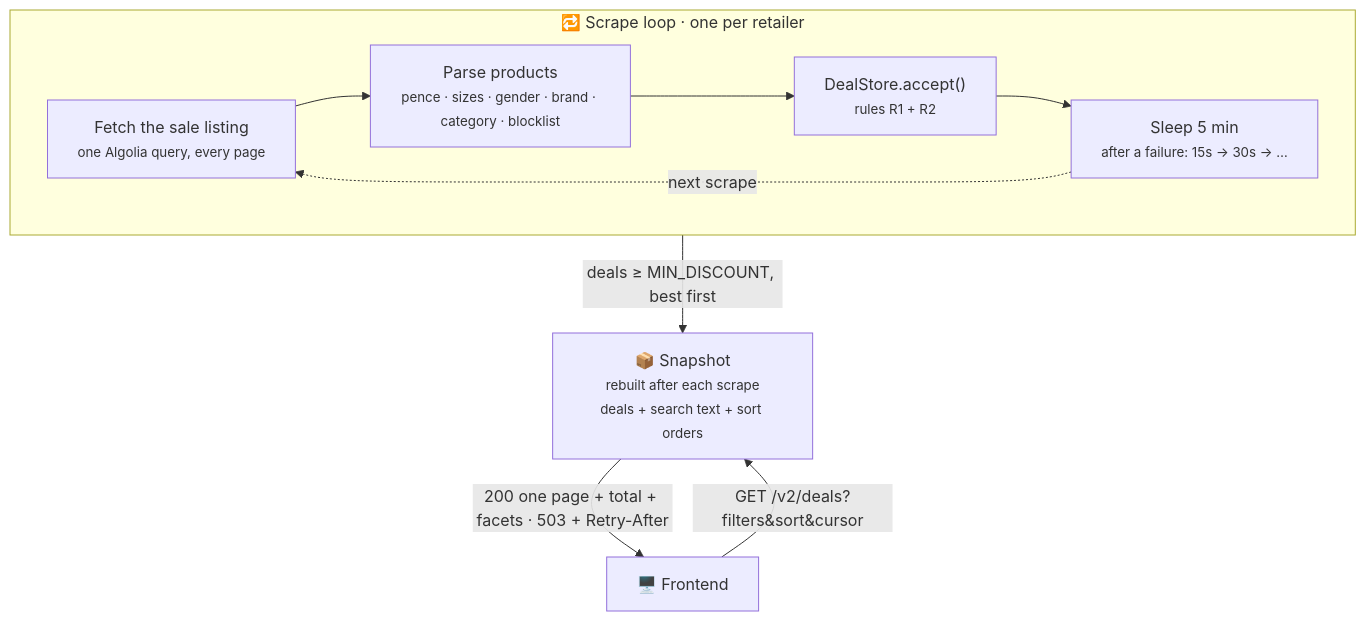
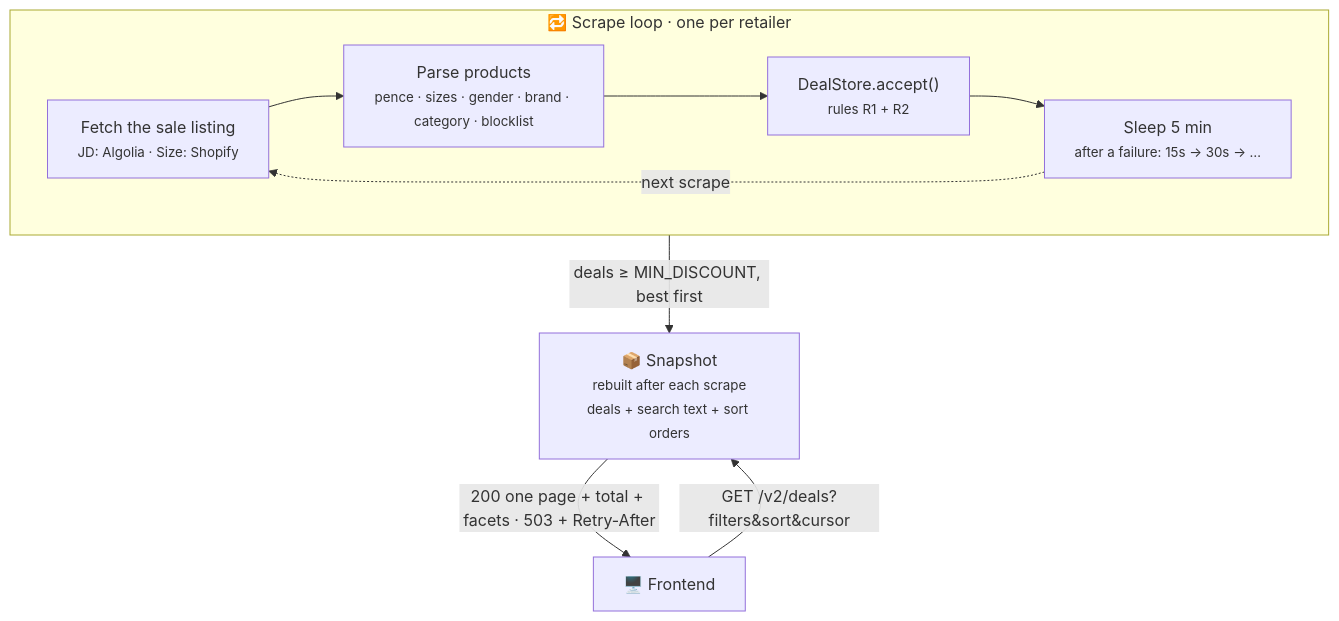
Before and after one commit to JahanU/bargain-web-scraper: the first of 2 diagrams in backend/README.md, drawn with Mermaid. The commit also changed other lines of this file and 2 other files, not shown here.

First line of the commit message:
feat(backend): scrape Size alongside JD

````diff
--- a/backend/README.md
+++ b/backend/README.md
@@ -7,19 +7,19 @@
 ```mermaid
 flowchart TB
     subgraph loop["🔁 Scrape loop · one per retailer"]
         direction LR
-        fetch["Fetch the sale listing<br/><small>one Algolia query, every page</small>"]
+        fetch["Fetch the sale listing<br/><small>JD: Algolia · Size: Shopify</small>"]
         parse["Parse products<br/><small>pence · sizes · gender · brand · category · blocklist</small>"]
         accept["DealStore.accept()<br/><small>rules R1 + R2</small>"]
         wait["Sleep 5 min<br/><small>after a failure: 15s → 30s → …</small>"]
         fetch --> parse --> accept --> wait
         wait -. next scrape .-> fetch
     end
 
     built["📦 Snapshot<br/><small>rebuilt after each scrape<br/>deals + search text + sort orders</small>"]
     client["🖥️ Frontend"]
 
     accept -- "deals ≥ MIN_DISCOUNT, best first" --> built
     client -- "GET /v2/deals?filters&sort&cursor" --> built
     built -- "200 one page + total + facets · 503 + Retry-After" --> client
 ```
````
